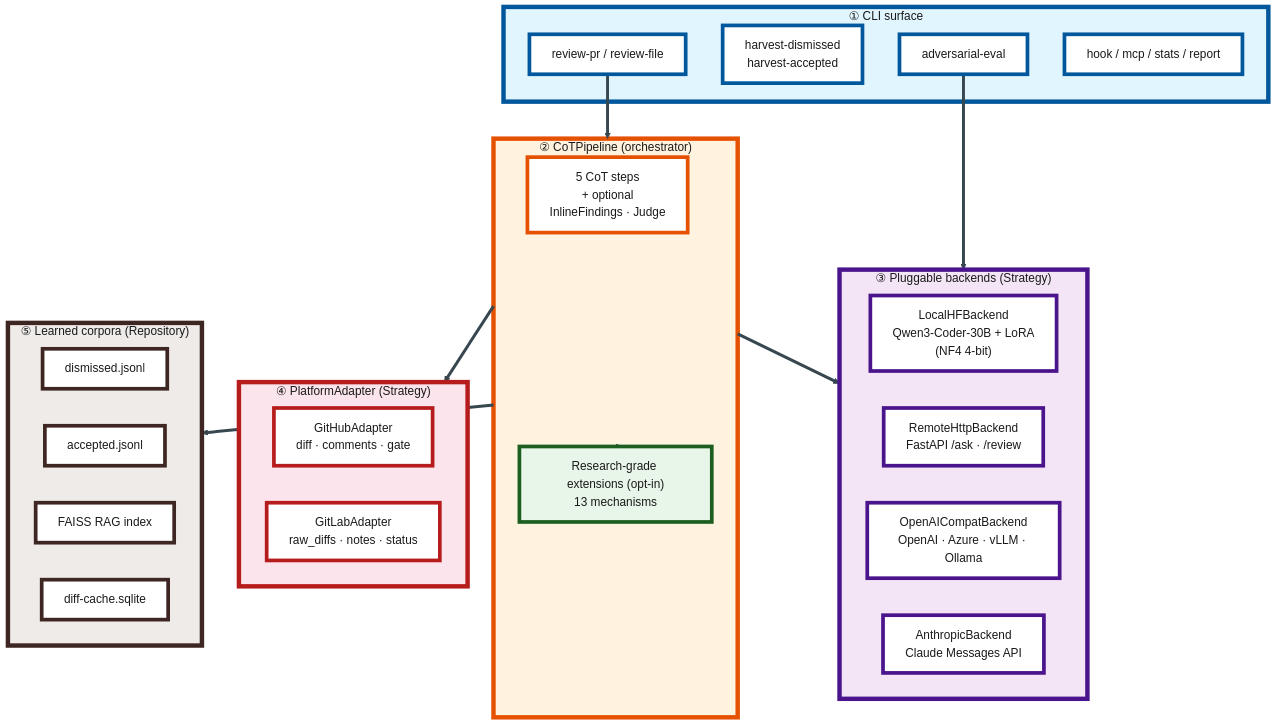
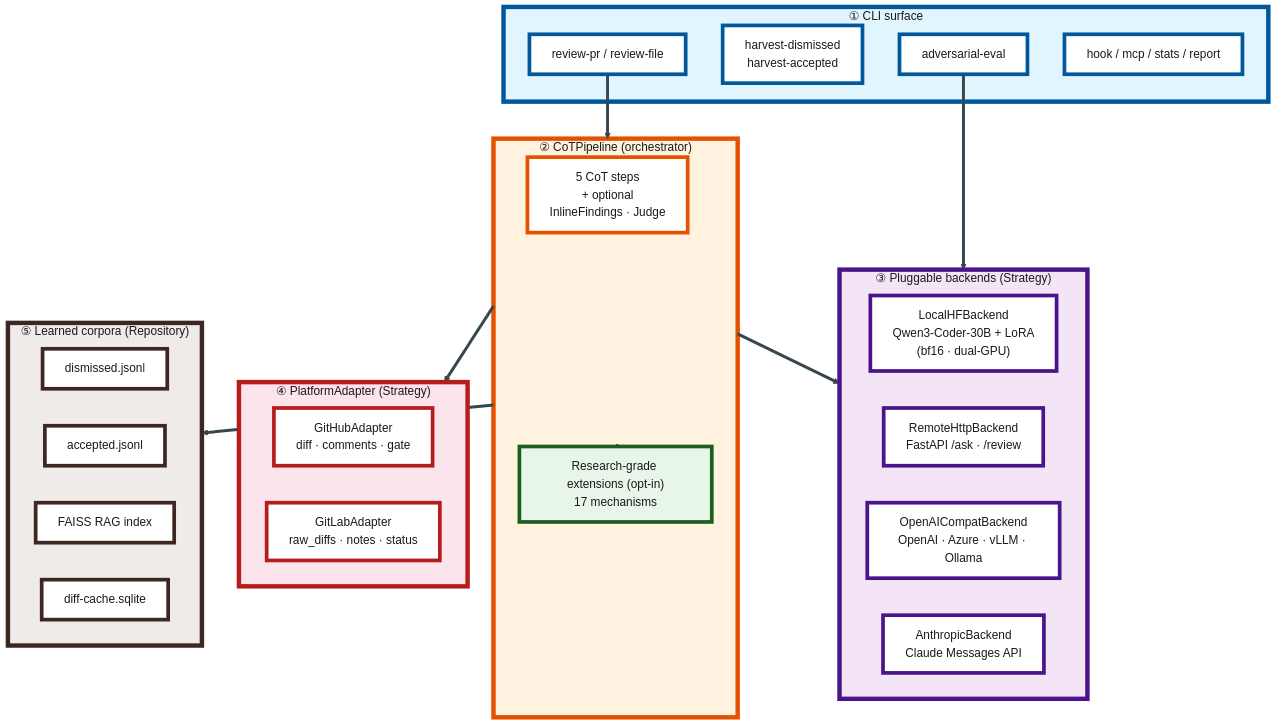
The fourth of 4 diagrams in READMEs/architecture.md (JE-Chen/Code-Review-Framework-Combining-Large-Language-Models-and-Chain-of-Thought-Reasoning), drawn with Mermaid before and after one commit. The commit also changed other lines of this file and 28 other files, not shown here.

````diff
--- a/READMEs/architecture.md
+++ b/READMEs/architecture.md
@@ -164,65 +164,65 @@
 ```mermaid
 %%{init: {'themeVariables': {'fontSize': '52px', 'fontFamily': 'Arial, "Microsoft JhengHei", sans-serif'}, 'flowchart': {'padding': 36, 'nodeSpacing': 100, 'rankSpacing': 110}}}%%
 graph TB
     subgraph CLI["① CLI surface"]
         REVIEW["review-pr / review-file"]
         HARV["harvest-dismissed<br/>harvest-accepted"]
         ADV["adversarial-eval"]
         HOOK["hook / mcp / stats / report"]
     end
 
     subgraph PIPE["② CoTPipeline (orchestrator)"]
         STEPS["5 CoT steps<br/>+ optional<br/>InlineFindings · Judge"]
-        EXT["Research-grade extensions (opt-in)<br/>13 mechanisms"]
+        EXT["Research-grade extensions (opt-in)<br/>17 mechanisms"]
     end
 
     subgraph BACKENDS["③ Pluggable backends (Strategy)"]
-        BLOCAL["LocalHFBackend<br/>Qwen3-Coder-30B + LoRA<br/>(NF4 4-bit)"]
+        BLOCAL["LocalHFBackend<br/>Qwen3-Coder-30B + LoRA<br/>(bf16 · dual-GPU)"]
         BREMOTE["RemoteHttpBackend<br/>FastAPI /ask · /review"]
         BOAI["OpenAICompatBackend<br/>OpenAI · Azure · vLLM · Ollama"]
         BANT["AnthropicBackend<br/>Claude Messages API"]
     end
 
     subgraph PLAT["④ PlatformAdapter (Strategy)"]
         GH["GitHubAdapter<br/>diff · comments · gate"]
         GL["GitLabAdapter<br/>raw_diffs · notes · status"]
     end
 
     subgraph CORPORA["⑤ Learned corpora (Repository)"]
         DISMISSED["dismissed.jsonl"]
         ACCEPTED["accepted.jsonl"]
         RAG["FAISS RAG index"]
         DIFFCACHE["diff-cache.sqlite"]
     end
 
     REVIEW --> PIPE
     ADV --> BACKENDS
     PIPE --> BACKENDS
     PIPE --> EXT
     PIPE --> PLAT
     PIPE --> CORPORA
 
     style CLI fill:#e1f5fe,stroke:#01579b,stroke-width:6px,color:#1a1a1a
     style PIPE fill:#fff3e0,stroke:#e65100,stroke-width:6px,color:#1a1a1a
     style BACKENDS fill:#f3e5f5,stroke:#4a148c,stroke-width:6px,color:#1a1a1a
     style PLAT fill:#fce4ec,stroke:#b71c1c,stroke-width:6px,color:#1a1a1a
     style CORPORA fill:#efebe9,stroke:#3e2723,stroke-width:6px,color:#1a1a1a
     style EXT fill:#e8f5e9,stroke:#1b5e20,stroke-width:5px,color:#1a1a1a
 
     style REVIEW fill:#ffffff,stroke:#01579b,stroke-width:5px,color:#1a1a1a
     style HARV fill:#ffffff,stroke:#01579b,stroke-width:5px,color:#1a1a1a
     style ADV fill:#ffffff,stroke:#01579b,stroke-width:5px,color:#1a1a1a
     style HOOK fill:#ffffff,stroke:#01579b,stroke-width:5px,color:#1a1a1a
     style STEPS fill:#ffffff,stroke:#e65100,stroke-width:5px,color:#1a1a1a
     style BLOCAL fill:#ffffff,stroke:#4a148c,stroke-width:5px,color:#1a1a1a
     style BREMOTE fill:#ffffff,stroke:#4a148c,stroke-width:5px,color:#1a1a1a
     style BOAI fill:#ffffff,stroke:#4a148c,stroke-width:5px,color:#1a1a1a
     style BANT fill:#ffffff,stroke:#4a148c,stroke-width:5px,color:#1a1a1a
     style GH fill:#ffffff,stroke:#b71c1c,stroke-width:5px,color:#1a1a1a
     style GL fill:#ffffff,stroke:#b71c1c,stroke-width:5px,color:#1a1a1a
     style DISMISSED fill:#ffffff,stroke:#3e2723,stroke-width:5px,color:#1a1a1a
     style ACCEPTED fill:#ffffff,stroke:#3e2723,stroke-width:5px,color:#1a1a1a
     style RAG fill:#ffffff,stroke:#3e2723,stroke-width:5px,color:#1a1a1a
     style DIFFCACHE fill:#ffffff,stroke:#3e2723,stroke-width:5px,color:#1a1a1a
     linkStyle default stroke:#37474f,stroke-width:4px
 ```
````
